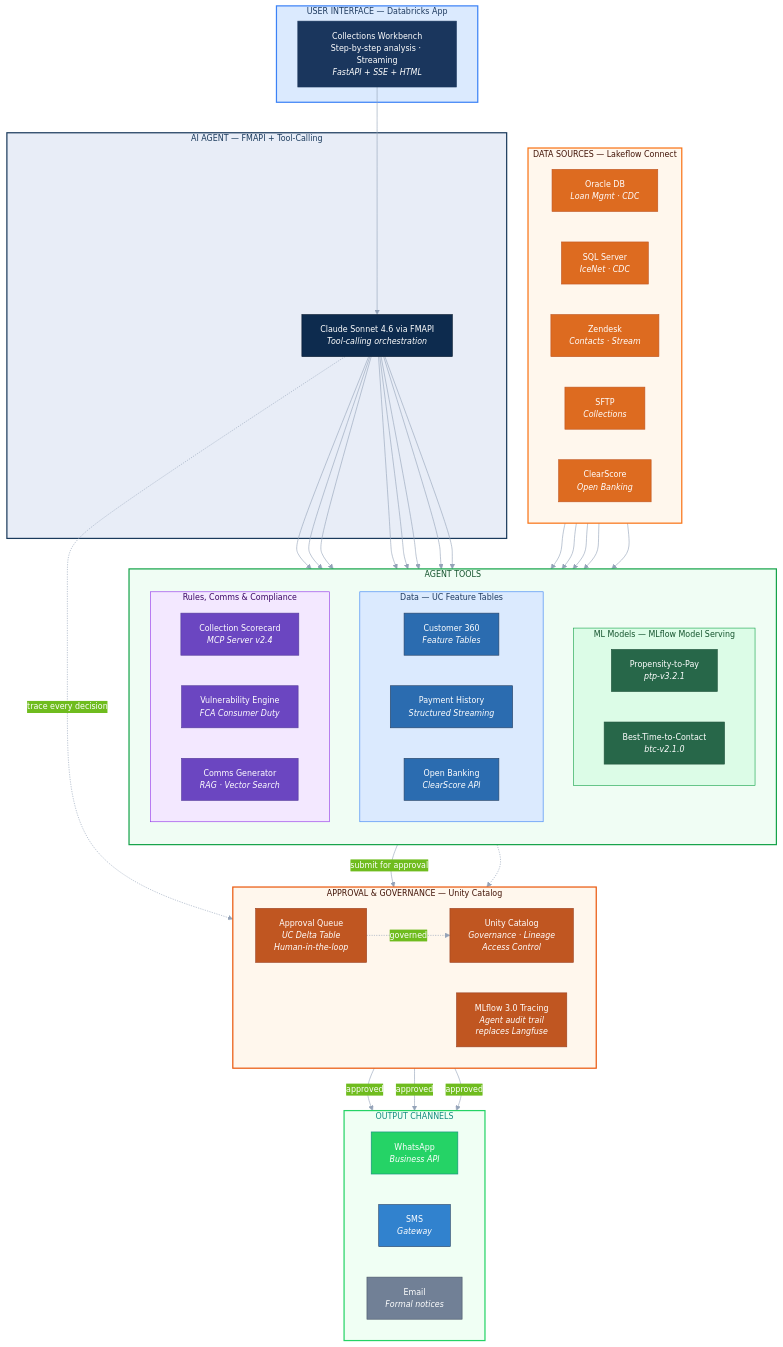
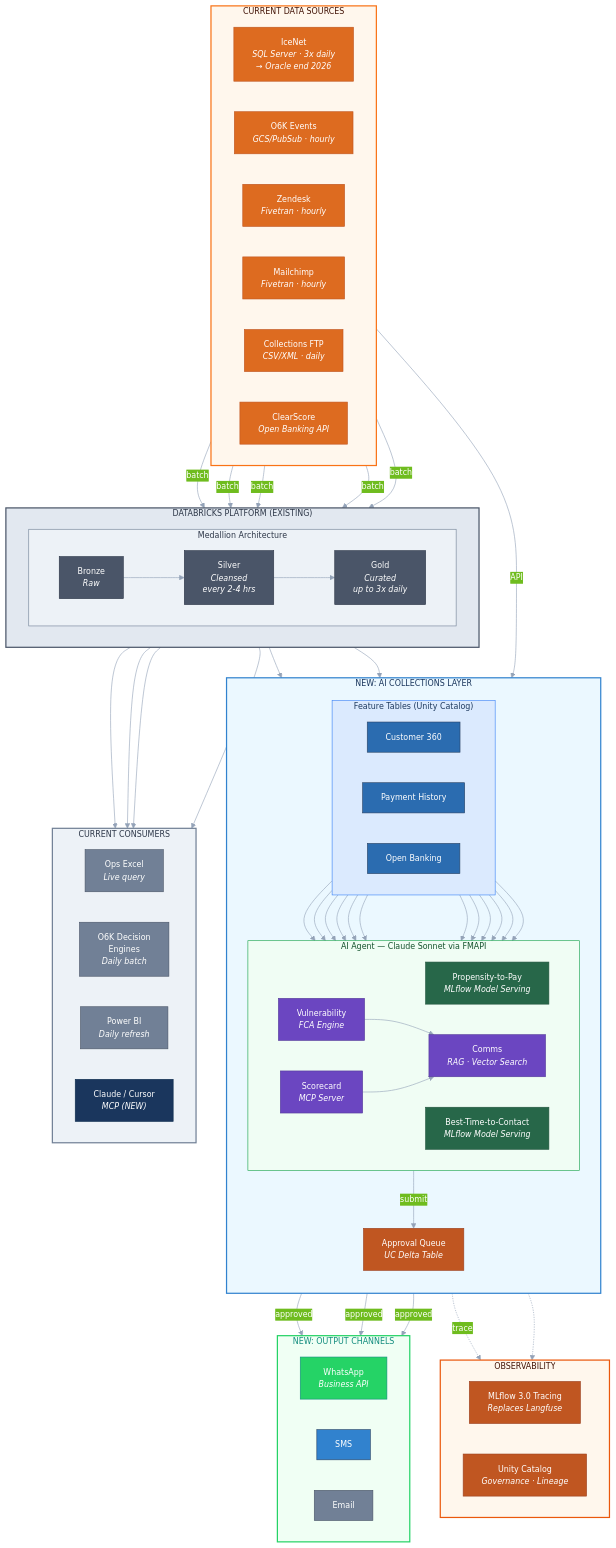
Before and after one commit to tingtingwan/oakbrook-collections-brain: the diagram in docs/oakbrook_architecture.mmd, drawn with Mermaid. The commit also changed 1 other file, not shown here.

Commit message:
Update architecture diagram to reflect Oakbrook's actual current state
Diagram now shows:
- Real data sources with actual frequencies (IceNet 3x/day, O6K hourly, etc.)
- Existing medallion platform (Bronze/Silver/Gold with cadences)
- Current consumers (Ops Excel, O6K Decision Engines, Power BI, MCP)
- NEW AI Collections layer as an extension of Gold
- ClearScore Open Banking as separate API feed
- Approval queue (UC Delta) before output channels
- MLflow 3.0 replacing Langfuse for observability

```diff
--- a/docs/oakbrook_architecture.mmd
+++ b/docs/oakbrook_architecture.mmd
@@ -1,114 +1,125 @@
 %%{init: {
   "theme": "base",
   "themeVariables": {
     "primaryColor": "#1e6fbc",
     "primaryTextColor": "#ffffff",
     "primaryBorderColor": "#1557a0",
     "lineColor": "#94a3b8",
     "background": "#ffffff",
     "mainBkg": "#f8fafc",
     "clusterBkg": "#f8fafc",
     "fontFamily": "Segoe UI, Inter, Arial, sans-serif",
     "fontSize": "13px"
   }
 }}%%
 flowchart TB
 
-    subgraph L1["USER INTERFACE — Databricks App"]
-        APP["Collections Workbench<br/>Step-by-step analysis · Streaming<br/><i>FastAPI + SSE + HTML</i>"]
+    subgraph SRC["CURRENT DATA SOURCES"]
+        direction LR
+        ICE["IceNet<br/><i>SQL Server · 3x daily</i><br/><i>→ Oracle end 2026</i>"]
+        O6K["O6K Events<br/><i>GCS/PubSub · hourly</i>"]
+        ZEN["Zendesk<br/><i>Fivetran · hourly</i>"]
+        MAIL["Mailchimp<br/><i>Fivetran · hourly</i>"]
+        FTP["Collections FTP<br/><i>CSV/XML · daily</i>"]
+        CS["ClearScore<br/><i>Open Banking API</i>"]
     end
 
-    subgraph L2["AI AGENT — FMAPI + Tool-Calling"]
-        LLM["Claude Sonnet 4.6 via FMAPI<br/><i>Tool-calling orchestration</i>"]
-    end
-
-    subgraph L3["AGENT TOOLS"]
-        direction TB
-        subgraph ML["ML Models — MLflow Model Serving"]
+    subgraph DBX["DATABRICKS PLATFORM (EXISTING)"]
+        direction LR
+        subgraph MED["Medallion Architecture"]
             direction LR
-            PTP["Propensity-to-Pay<br/><i>ptp-v3.2.1</i>"]
-            BTC["Best-Time-to-Contact<br/><i>btc-v2.1.0</i>"]
-        end
-        subgraph DL["Data — UC Feature Tables"]
-            direction LR
-            C360["Customer 360<br/><i>Feature Tables</i>"]
-            PAY["Payment History<br/><i>Structured Streaming</i>"]
-            OB["Open Banking<br/><i>ClearScore API</i>"]
-        end
-        subgraph BR["Rules, Comms & Compliance"]
-            direction LR
-            SC["Collection Scorecard<br/><i>MCP Server v2.4</i>"]
-            VUL["Vulnerability Engine<br/><i>FCA Consumer Duty</i>"]
-            RAG["Comms Generator<br/><i>RAG · Vector Search</i>"]
+            BRZ["Bronze<br/><i>Raw</i>"]
+            SLV["Silver<br/><i>Cleansed<br/>every 2-4 hrs</i>"]
+            GLD["Gold<br/><i>Curated<br/>up to 3x daily</i>"]
         end
     end
 
-    subgraph L4["APPROVAL & GOVERNANCE — Unity Catalog"]
-        direction LR
-        APQ["Approval Queue<br/><i>UC Delta Table<br/>Human-in-the-loop</i>"]
-        MLF["MLflow 3.0 Tracing<br/><i>Agent audit trail<br/>replaces Langfuse</i>"]
-        UC["Unity Catalog<br/><i>Governance · Lineage<br/>Access Control</i>"]
+    subgraph NEW["NEW: AI COLLECTIONS LAYER"]
+        direction TB
+        subgraph FT["Feature Tables (Unity Catalog)"]
+            direction LR
+            C360["Customer 360"]
+            PAYH["Payment History"]
+            OBD["Open Banking"]
+        end
+        subgraph AGENT["AI Agent — Claude Sonnet via FMAPI"]
+            direction LR
+            PTP["Propensity-to-Pay<br/><i>MLflow Model Serving</i>"]
+            BTC["Best-Time-to-Contact<br/><i>MLflow Model Serving</i>"]
+            SC["Scorecard<br/><i>MCP Server</i>"]
+            VUL["Vulnerability<br/><i>FCA Engine</i>"]
+            RAG["Comms<br/><i>RAG · Vector Search</i>"]
+        end
+        APQ["Approval Queue<br/><i>UC Delta Table</i>"]
     end
 
-    subgraph L5["OUTPUT CHANNELS"]
+    subgraph OBS["OBSERVABILITY"]
+        direction LR
+        MLF["MLflow 3.0 Tracing<br/><i>Replaces Langfuse</i>"]
+        UC["Unity Catalog<br/><i>Governance · Lineage</i>"]
+    end
+
+    subgraph CON["CURRENT CONSUMERS"]
+        direction LR
+        EXCEL["Ops Excel<br/><i>Live query</i>"]
+        DEC["O6K Decision<br/>Engines<br/><i>Daily batch</i>"]
+        PBI["Power BI<br/><i>Daily refresh</i>"]
+        MCP["Claude / Cursor<br/><i>MCP (NEW)</i>"]
+    end
+
+    subgraph OUT["NEW: OUTPUT CHANNELS"]
         direction LR
         WA["WhatsApp<br/><i>Business API</i>"]
-        SMS2["SMS<br/><i>Gateway</i>"]
-        EMAIL["Email<br/><i>Formal notices</i>"]
+        SMS2["SMS"]
+        EMAIL["Email"]
     end
 
-    subgraph L6["DATA SOURCES — Lakeflow Connect"]
-        direction LR
-        ORA["Oracle DB<br/><i>Loan Mgmt · CDC</i>"]
-        ICE["SQL Server<br/><i>IceNet · CDC</i>"]
-        ZEN["Zendesk<br/><i>Contacts · Stream</i>"]
-        SFTP2["SFTP<br/><i>Collections</i>"]
-        CS["ClearScore<br/><i>Open Banking</i>"]
-    end
+    ICE & O6K & ZEN & MAIL & FTP -->|"batch"| BRZ
+    BRZ --> SLV --> GLD
+    CS -->|"API"| OBD
+    GLD --> C360 & PAYH
+    GLD --> EXCEL & DEC & PBI & MCP
+    C360 & PAYH & OBD --> PTP & BTC & SC & VUL
+    VUL & SC --> RAG
+    RAG -->|"submit"| APQ
+    APQ -->|"approved"| WA & SMS2 & EMAIL
+    AGENT -.->|"trace"| MLF
+    FT -.-> UC
 
-    APP --> LLM
-    LLM --> PTP & BTC
-    LLM --> C360 & PAY & OB
-    LLM --> SC & VUL & RAG
-    LLM -.->|"trace every decision"| MLF
-    RAG -->|"submit for approval"| APQ
-    APQ -->|"approved"| WA & SMS2 & EMAIL
-    APQ -.->|"governed"| UC
-    C360 -.-> UC
-    ORA --> C360
-    ICE --> C360
-    ZEN --> PAY
-    CS --> OB
-    SFTP2 --> C360
-
-    style APP fill:#1a365d,stroke:#1a365d,color:#fff
-    style LLM fill:#0d2b4e,stroke:#07192e,color:#fff
+    style ICE fill:#dd6b20,stroke:#c05621,color:#fff
+    style O6K fill:#dd6b20,stroke:#c05621,color:#fff
+    style ZEN fill:#dd6b20,stroke:#c05621,color:#fff
+    style MAIL fill:#dd6b20,stroke:#c05621,color:#fff
+    style FTP fill:#dd6b20,stroke:#c05621,color:#fff
+    style CS fill:#dd6b20,stroke:#c05621,color:#fff
+    style BRZ fill:#4a5568,stroke:#2d3748,color:#fff
+    style SLV fill:#4a5568,stroke:#2d3748,color:#fff
+    style GLD fill:#4a5568,stroke:#2d3748,color:#fff
+    style C360 fill:#2b6cb0,stroke:#2a4365,color:#fff
+    style PAYH fill:#2b6cb0,stroke:#2a4365,color:#fff
+    style OBD fill:#2b6cb0,stroke:#2a4365,color:#fff
     style PTP fill:#276749,stroke:#22543d,color:#fff
     style BTC fill:#276749,stroke:#22543d,color:#fff
-    style C360 fill:#2b6cb0,stroke:#2a4365,color:#fff
-    style PAY fill:#2b6cb0,stroke:#2a4365,color:#fff
-    style OB fill:#2b6cb0,stroke:#2a4365,color:#fff
     style SC fill:#6b46c1,stroke:#553c9a,color:#fff
     style VUL fill:#6b46c1,stroke:#553c9a,color:#fff
     style RAG fill:#6b46c1,stroke:#553c9a,color:#fff
     style APQ fill:#c05621,stroke:#9c4221,color:#fff
     style MLF fill:#c05621,stroke:#9c4221,color:#fff
     style UC fill:#c05621,stroke:#9c4221,color:#fff
-    style ORA fill:#dd6b20,stroke:#c05621,color:#fff
-    style ICE fill:#dd6b20,stroke:#c05621,color:#fff
-    style ZEN fill:#dd6b20,stroke:#c05621,color:#fff
-    style SFTP2 fill:#dd6b20,stroke:#c05621,color:#fff
-    style CS fill:#dd6b20,stroke:#c05621,color:#fff
+    style EXCEL fill:#718096,stroke:#4a5568,color:#fff
+    style DEC fill:#718096,stroke:#4a5568,color:#fff
+    style PBI fill:#718096,stroke:#4a5568,color:#fff
+    style MCP fill:#1a365d,stroke:#0d2b4e,color:#fff
     style WA fill:#25d366,stroke:#128c7e,color:#fff
     style SMS2 fill:#3182ce,stroke:#2a4365,color:#fff
     style EMAIL fill:#718096,stroke:#4a5568,color:#fff
 
-    style L1 fill:#dbeafe,stroke:#3b82f6,stroke-width:2px,color:#1e3a5f
-    style L2 fill:#e8edf7,stroke:#1a3a5c,stroke-width:2px,color:#1a3a5c
-    style L3 fill:#f0fdf4,stroke:#16a34a,stroke-width:2px,color:#14532d
-    style ML fill:#dcfce7,stroke:#16a34a,stroke-width:1px,color:#14532d
-    style DL fill:#dbeafe,stroke:#3b82f6,stroke-width:1px,color:#1e3a5f
-    style BR fill:#f3e8ff,stroke:#9333ea,stroke-width:1px,color:#3b0764
-    style L4 fill:#fff7ed,stroke:#ea580c,stroke-width:2px,color:#431407
-    style L5 fill:#f0fff4,stroke:#25d366,stroke-width:2px,color:#128c7e
-    style L6 fill:#fff7ed,stroke:#f97316,stroke-width:2px,color:#431407
+    style SRC fill:#fff7ed,stroke:#f97316,stroke-width:2px,color:#431407
+    style DBX fill:#e2e8f0,stroke:#4a5568,stroke-width:2px,color:#2d3748
+    style MED fill:#edf2f7,stroke:#718096,stroke-width:1px,color:#2d3748
+    style NEW fill:#ebf8ff,stroke:#3182ce,stroke-width:2px,color:#1a365d
+    style FT fill:#dbeafe,stroke:#3b82f6,stroke-width:1px,color:#1e3a5f
+    style AGENT fill:#f0fdf4,stroke:#16a34a,stroke-width:1px,color:#14532d
+    style OBS fill:#fff7ed,stroke:#ea580c,stroke-width:2px,color:#431407
+    style CON fill:#edf2f7,stroke:#718096,stroke-width:2px,color:#2d3748
+    style OUT fill:#f0fff4,stroke:#25d366,stroke-width:2px,color:#128c7e
```
